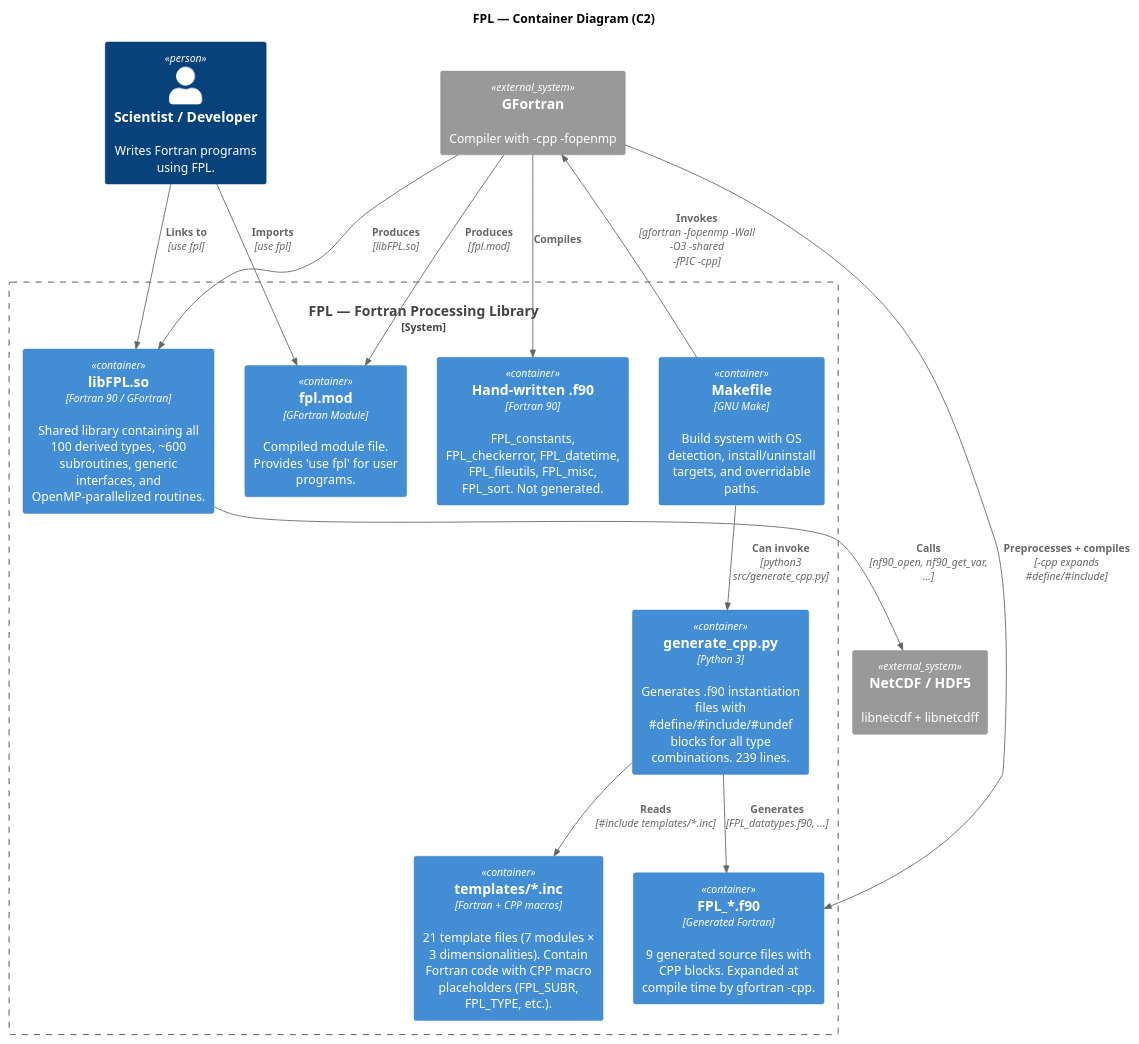
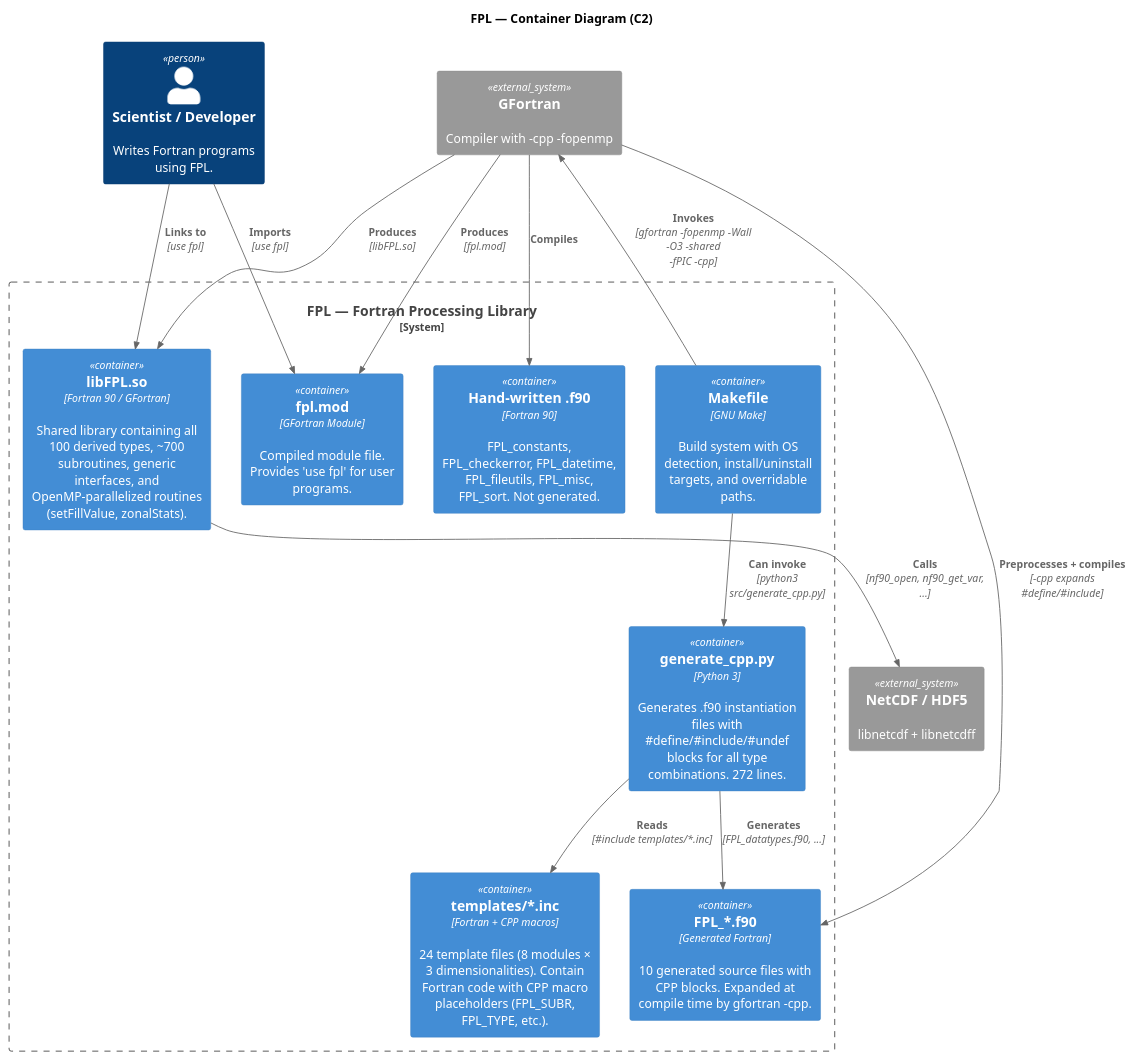
One commit to pimentafm/FortranProcessingLibrary changed the diagram in docs/static/diagrams/c4_container.puml. Above: the diagram before and after it, drawn with PlantUML. The commit also changed 8 other files, not shown here.

Commit message:
Update diagrams

```diff
--- a/docs/static/diagrams/c4_container.puml
+++ b/docs/static/diagrams/c4_container.puml
@@ -1,41 +1,41 @@
 @startuml c4_container
 !include <C4/C4_Container>
 
 title FPL — Container Diagram (C2)
 
 Person(scientist, "Scientist / Developer", "Writes Fortran programs using FPL.")
 
 System_Boundary(fpl_sys, "FPL — Fortran Processing Library") {
 
-  Container(libfpl, "libFPL.so", "Fortran 90 / GFortran", "Shared library containing all 100 derived types, ~600 subroutines, generic interfaces, and OpenMP-parallelized routines.")
+  Container(libfpl, "libFPL.so", "Fortran 90 / GFortran", "Shared library containing all 100 derived types, ~700 subroutines, generic interfaces, and OpenMP-parallelized routines (setFillValue, zonalStats).")
   Container(fplmod, "fpl.mod", "GFortran Module", "Compiled module file. Provides 'use fpl' for user programs.")
 
-  Container(generator, "generate_cpp.py", "Python 3", "Generates .f90 instantiation files with #define/#include/#undef blocks for all type combinations. 239 lines.")
-  Container(templates, "templates/*.inc", "Fortran + CPP macros", "21 template files (7 modules × 3 dimensionalities). Contain Fortran code with CPP macro placeholders (FPL_SUBR, FPL_TYPE, etc.).")
-  Container(f90files, "FPL_*.f90", "Generated Fortran", "9 generated source files with CPP blocks. Expanded at compile time by gfortran -cpp.")
+  Container(generator, "generate_cpp.py", "Python 3", "Generates .f90 instantiation files with #define/#include/#undef blocks for all type combinations. 272 lines.")
+  Container(templates, "templates/*.inc", "Fortran + CPP macros", "24 template files (8 modules × 3 dimensionalities). Contain Fortran code with CPP macro placeholders (FPL_SUBR, FPL_TYPE, etc.).")
+  Container(f90files, "FPL_*.f90", "Generated Fortran", "10 generated source files with CPP blocks. Expanded at compile time by gfortran -cpp.")
 
   Container(srcfiles, "Hand-written .f90", "Fortran 90", "FPL_constants, FPL_checkerror, FPL_datetime, FPL_fileutils, FPL_misc, FPL_sort. Not generated.")
 
   Container(makefile, "Makefile", "GNU Make", "Build system with OS detection, install/uninstall targets, and overridable paths.")
 }
 
 System_Ext(netcdf, "NetCDF / HDF5", "libnetcdf + libnetcdff")
 System_Ext(gfortran, "GFortran", "Compiler with -cpp -fopenmp")
 
 Rel(scientist, libfpl, "Links to", "use fpl")
 Rel(scientist, fplmod, "Imports", "use fpl")
 
 Rel(generator, templates, "Reads", "#include templates/*.inc")
 Rel(generator, f90files, "Generates", "FPL_datatypes.f90, ...")
 
 Rel(gfortran, f90files, "Preprocesses + compiles", "-cpp expands #define/#include")
 Rel(gfortran, srcfiles, "Compiles", "")
 Rel(gfortran, libfpl, "Produces", "libFPL.so")
 Rel(gfortran, fplmod, "Produces", "fpl.mod")
 
 Rel(libfpl, netcdf, "Calls", "nf90_open, nf90_get_var, ...")
 
 Rel(makefile, gfortran, "Invokes", "gfortran -fopenmp -Wall -O3 -shared -fPIC -cpp")
 Rel(makefile, generator, "Can invoke", "python3 src/generate_cpp.py")
 
 @enduml
```
